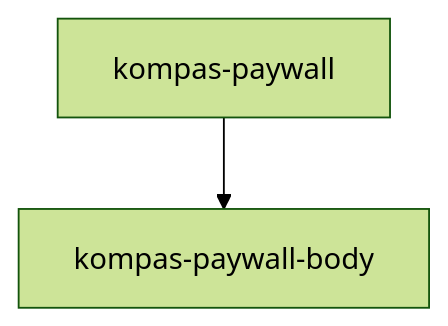
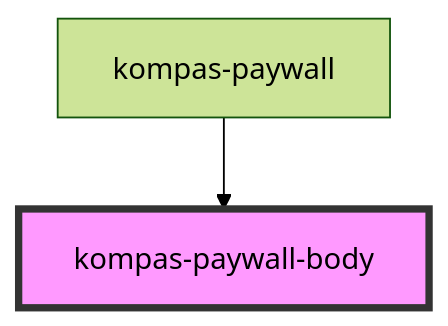
One commit to pt-kompas-media-nusantara/kompas-web-components changed the diagram in src/components/kompas-paywall-body/readme.md. Above: the diagram before and after it, drawn with Mermaid (forest theme). The commit also changed other lines of this file and 14 other files, not shown here.

````diff
--- a/src/components/kompas-paywall-body/readme.md
+++ b/src/components/kompas-paywall-body/readme.md
@@ -9,4 +25,5 @@
 ```mermaid
 graph TD;
   kompas-paywall --> kompas-paywall-body
+  style kompas-paywall-body fill:#f9f,stroke:#333,stroke-width:4px
 ```
````
